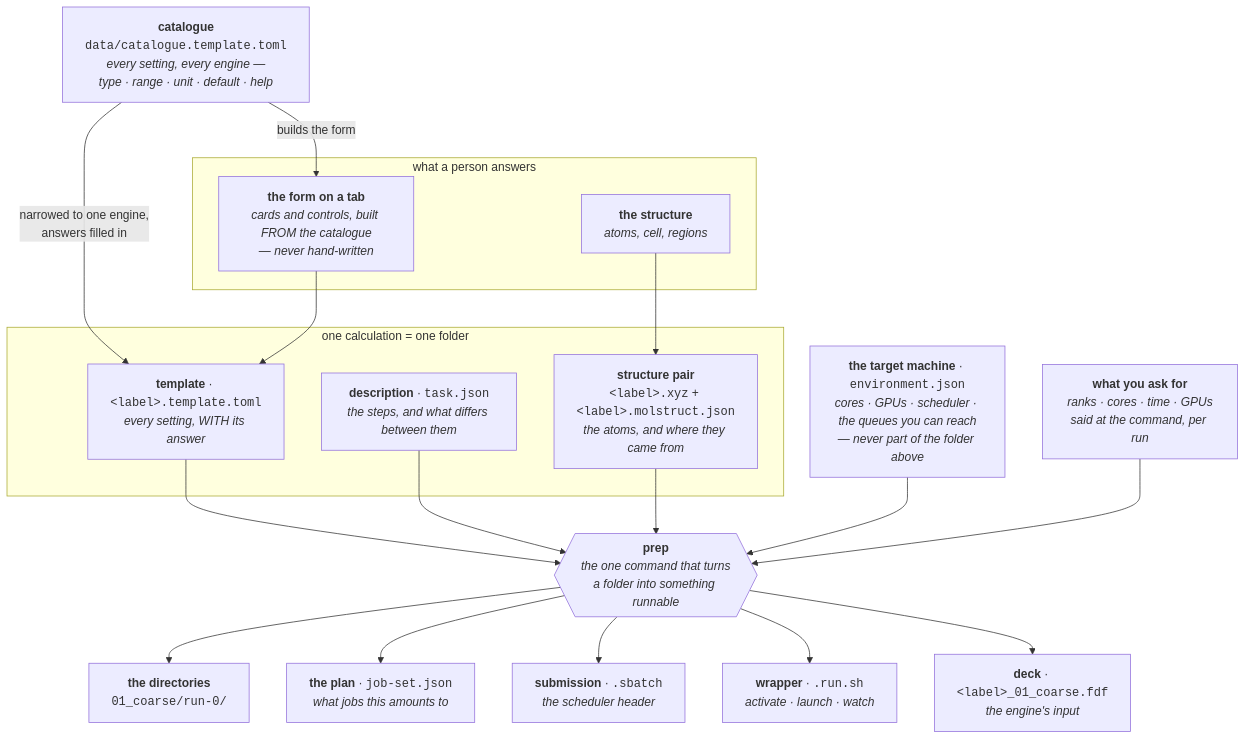
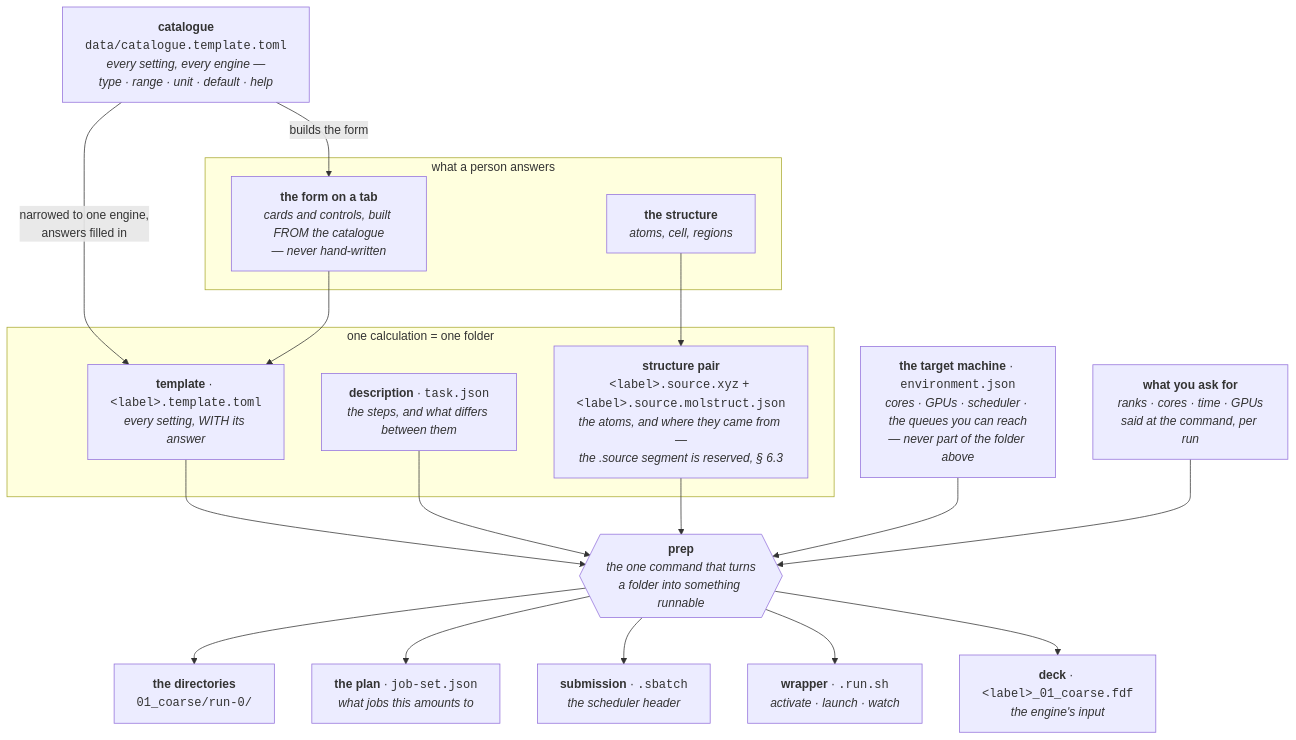
One commit to Qing-LAB/molbuilder changed the first of 3 diagrams in docs/workflow.md. Above: the diagram before and after it, drawn with Mermaid. The commit also changed other lines of this file and 24 other files, not shown here.

````diff
--- a/docs/workflow.md
+++ b/docs/workflow.md
@@ -97,38 +97,38 @@
 ```mermaid
 flowchart TB
     CAT["<b>catalogue</b><br/><code>data/catalogue.template.toml</code><br/><i>every setting, every engine —<br/>type · range · unit · default · help</i>"]
 
     subgraph P["what a person answers"]
       FORM["<b>the form on a tab</b><br/><i>cards and controls, built FROM the catalogue<br/>— never hand-written</i>"]
       STRUCT["<b>the structure</b><br/><i>atoms, cell, regions</i>"]
     end
 
     CAT -->|"builds the form"| FORM
     FORM --> TMPL
     CAT -->|"narrowed to one engine,<br/>answers filled in"| TMPL
 
     subgraph FOLDER["one calculation = one folder"]
       TMPL["<b>template</b> · <code>&lt;label&gt;.template.toml</code><br/><i>every setting, WITH its answer</i>"]
       TASK["<b>description</b> · <code>task.json</code><br/><i>the steps, and what differs between them</i>"]
-      XYZ["<b>structure pair</b><br/><code>&lt;label&gt;.xyz</code> + <code>&lt;label&gt;.molstruct.json</code><br/><i>the atoms, and where they came from</i>"]
+      XYZ["<b>structure pair</b><br/><code>&lt;label&gt;.source.xyz</code> + <code>&lt;label&gt;.source.molstruct.json</code><br/><i>the atoms, and where they came from —<br/>the .source segment is reserved, § 6.3</i>"]
     end
 
     STRUCT --> XYZ
     TMPL --> PREP
     TASK --> PREP
     XYZ --> PREP
 
     ENV["<b>the target machine</b> · <code>environment.json</code><br/><i>cores · GPUs · scheduler · the queues you can reach<br/>— never part of the folder above</i>"]
     ASK["<b>what you ask for</b><br/><i>ranks · cores · time · GPUs</i><br/><i>said at the command, per run</i>"]
 
     ENV --> PREP
     ASK --> PREP
 
     PREP{{"<b>prep</b><br/><i>the one command that turns<br/>a folder into something runnable</i>"}}
 
     PREP --> DECK["<b>deck</b> · <code>&lt;label&gt;_01_coarse.fdf</code><br/><i>the engine's input</i>"]
     PREP --> WRAP["<b>wrapper</b> · <code>.run.sh</code><br/><i>activate · launch · watch</i>"]
     PREP --> SB["<b>submission</b> · <code>.sbatch</code><br/><i>the scheduler header</i>"]
     PREP --> JS["<b>the plan</b> · <code>job-set.json</code><br/><i>what jobs this amounts to</i>"]
     PREP --> DIRS["<b>the directories</b><br/><code>01_coarse/run-0/</code>"]
 ```
````
